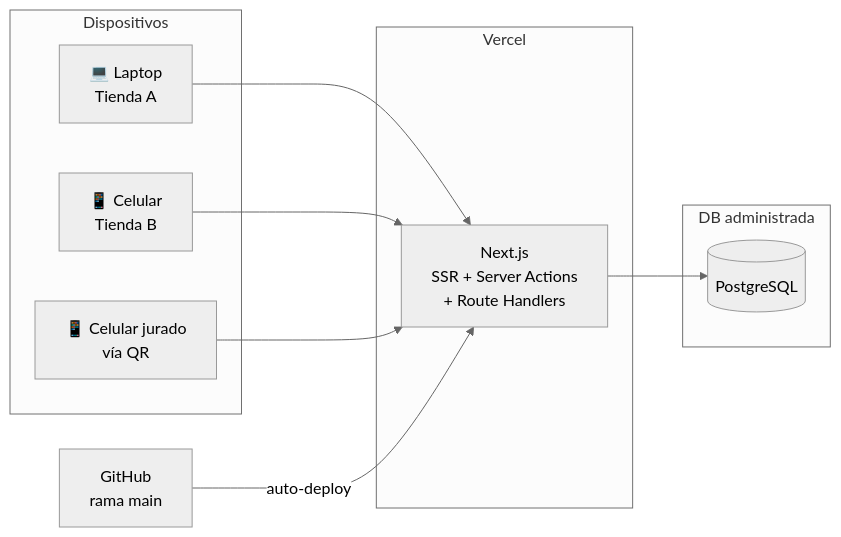
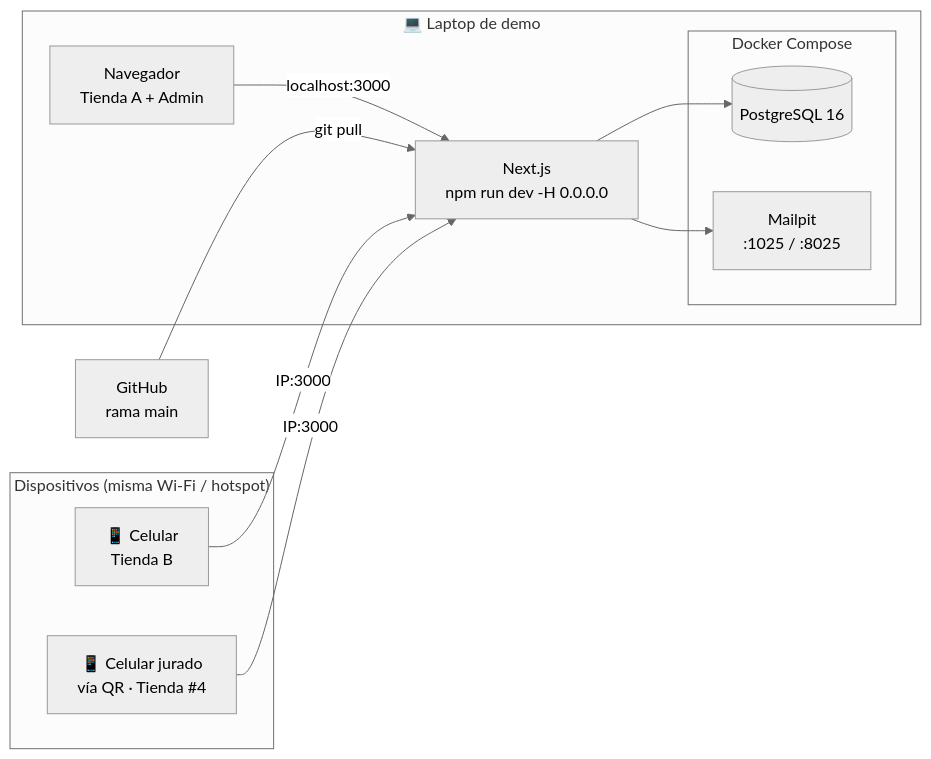
One commit to AlcortDev/Reyes-3---HackaPony changed the fifth of 13 diagrams in docs/SRS.md. Above: the diagram before and after it, drawn with Mermaid (neutral theme). The commit also changed other lines of this file and 3 other files, not shown here.

````diff
--- a/docs/SRS.md
+++ b/docs/SRS.md
@@ -385,21 +492,23 @@
 ```mermaid
 flowchart LR
-    subgraph Cliente["Dispositivos"]
-        L["💻 Laptop<br/>Tienda A"]
+    subgraph Cliente["Dispositivos (misma Wi-Fi / hotspot)"]
         C["📱 Celular<br/>Tienda B"]
-        Q["📱 Celular jurado<br/>vía QR"]
+        Q["📱 Celular jurado<br/>vía QR · Tienda #4"]
     end
-    subgraph Vercel["Vercel"]
-        N["Next.js<br/>SSR + Server Actions<br/>+ Route Handlers"]
-    end
-    subgraph Cloud["DB administrada"]
-        PG[("PostgreSQL")]
+    subgraph Laptop["💻 Laptop de demo"]
+        L["Navegador<br/>Tienda A + Admin"]
+        N["Next.js<br/>npm run dev -H 0.0.0.0"]
+        subgraph Docker["Docker Compose"]
+            PG[("PostgreSQL 16")]
+            MP["Mailpit<br/>:1025 / :8025"]
+        end
     end
     GH["GitHub<br/>rama main"]
 
-    L --> N
-    C --> N
-    Q --> N
+    L -->|"localhost:3000"| N
+    C -->|"IP:3000"| N
+    Q -->|"IP:3000"| N
     N --> PG
-    GH -->|"auto-deploy"| N
+    N --> MP
+    GH -->|"git pull"| N
 ```
````
